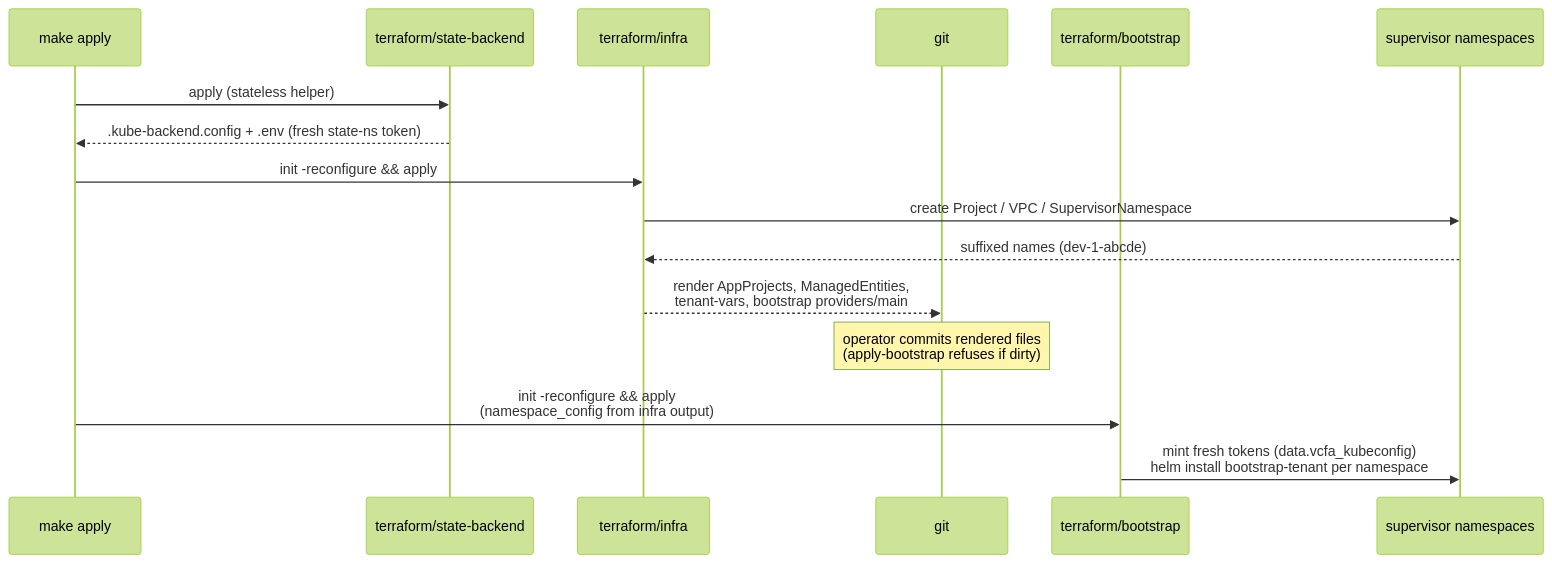
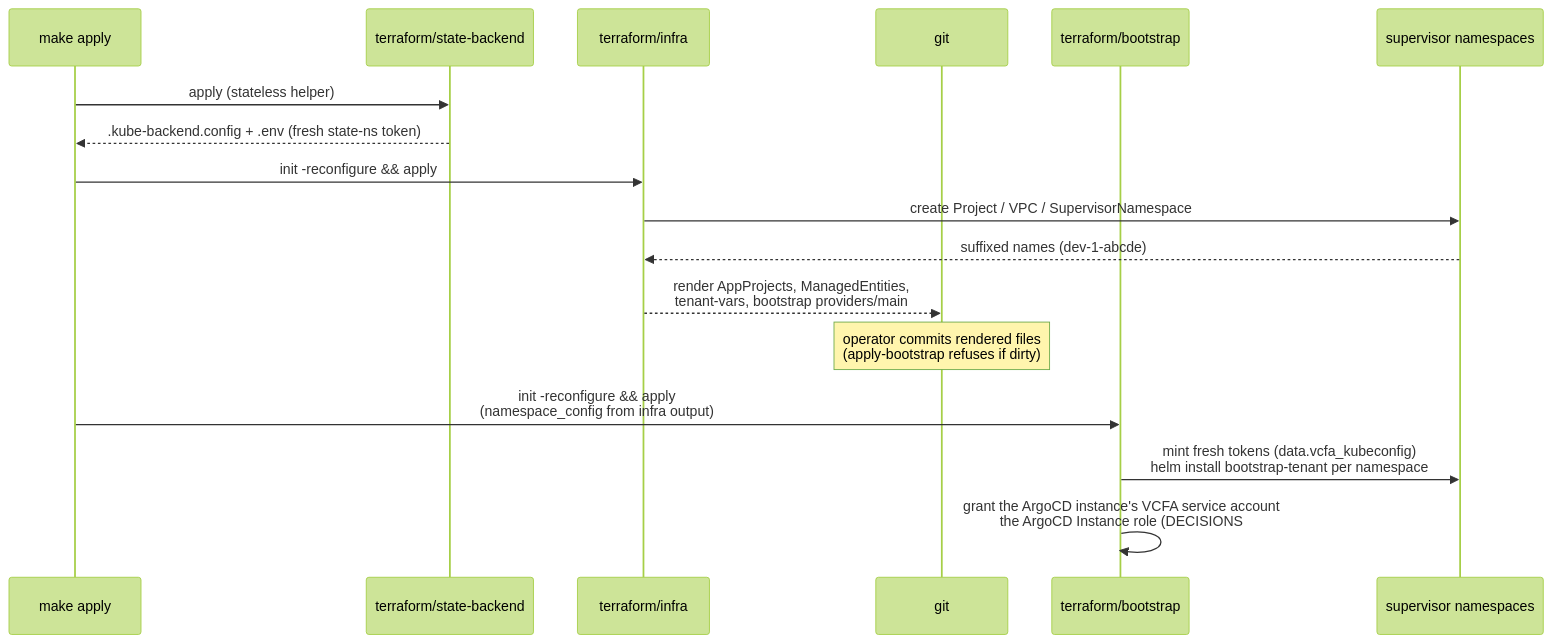
The second of 9 diagrams in docs/ARCHITECTURE.md (warroyo/argocd-scaffolding), drawn with Mermaid (forest theme) before and after one commit. The commit also changed 6 other files, not shown here.

First line of the commit message:
feat(bootstrap): grant the ArgoCD instance's VCFA service account its role

````diff
--- a/docs/ARCHITECTURE.md
+++ b/docs/ARCHITECTURE.md
@@ -99,19 +99,20 @@
 ```mermaid
 sequenceDiagram
     participant M as make apply
     participant S as terraform/state-backend
     participant I as terraform/infra
     participant G as git
     participant B as terraform/bootstrap
     participant NS as supervisor namespaces
 
     M->>S: apply (stateless helper)
     S-->>M: .kube-backend.config + .env (fresh state-ns token)
     M->>I: init -reconfigure && apply
     I->>NS: create Project / VPC / SupervisorNamespace
     NS-->>I: suffixed names (dev-1-abcde)
     I-->>G: render AppProjects, ManagedEntities,<br/>tenant-vars, bootstrap providers/main
     Note over G: operator commits rendered files<br/>(apply-bootstrap refuses if dirty)
     M->>B: init -reconfigure && apply<br/>(namespace_config from infra output)
     B->>NS: mint fresh tokens (data.vcfa_kubeconfig)<br/>helm install bootstrap-tenant per namespace
+    B->>B: grant the ArgoCD instance's VCFA service account<br/>the ArgoCD Instance role (DECISIONS #25)
 ```
````
